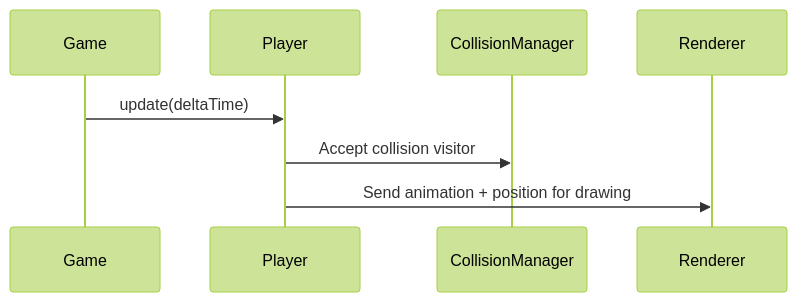
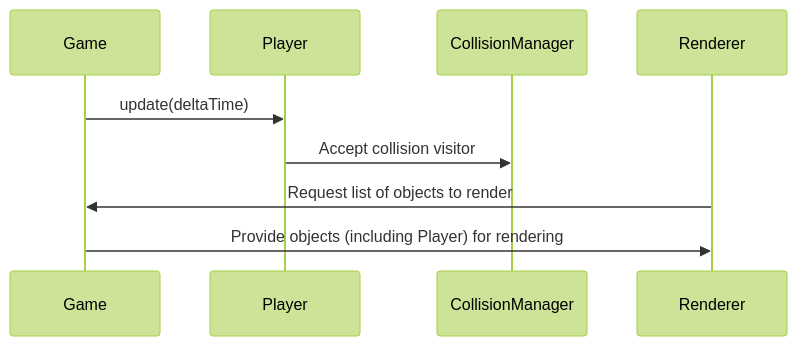
One commit to dinordi/SagaOfSacrifice2 changed the fourth of 4 diagrams in docs/ARCHITECTURE_OVERVIEW.md. Above: the diagram before and after it, drawn with Mermaid (forest theme). The commit also changed other lines of this file, not shown here.

````diff
--- a/docs/ARCHITECTURE_OVERVIEW.md
+++ b/docs/ARCHITECTURE_OVERVIEW.md
@@ -187,11 +163,12 @@
 ```mermaid
 sequenceDiagram
     participant Game
     participant Player
     participant CollisionManager
     participant Renderer
 
     Game->>Player: update(deltaTime)
     Player->>CollisionManager: Accept collision visitor
-    Player->>Renderer: Send animation + position for drawing
+    Renderer->>Game: Request list of objects to render
+    Game->>Renderer: Provide objects (including Player) for rendering
 ```
````
